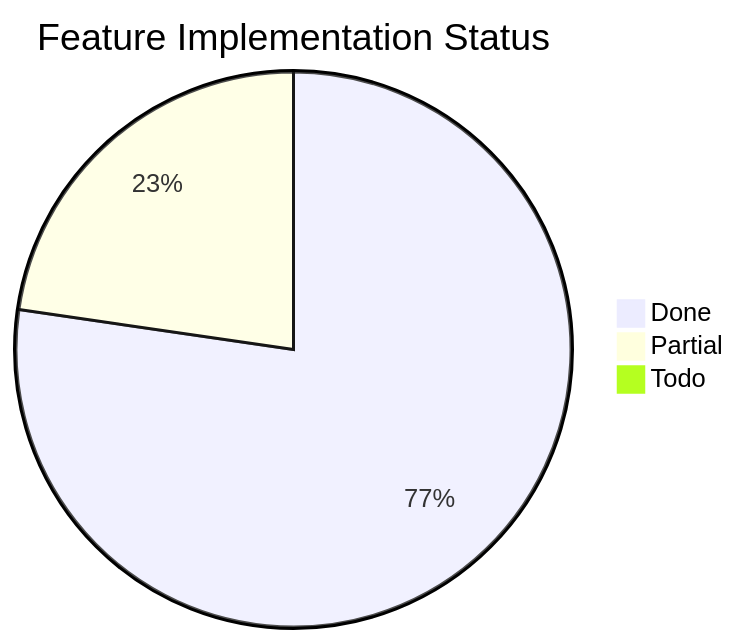
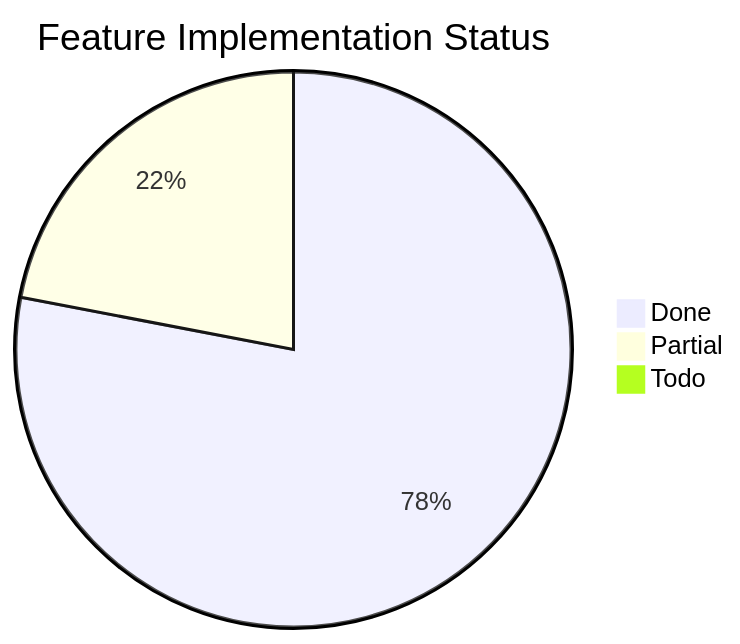
Before and after one commit to Papyrine/Morph: the third of 3 diagrams in docs/word-features.md, drawn with Mermaid. The commit also changed other lines of this file and 10 other files, not shown here.

````diff
--- a/docs/word-features.md
+++ b/docs/word-features.md
@@ -1964,6 +1964,6 @@
 ```mermaid
 pie title Feature Implementation Status
-    "Done" : 109
-    "Partial" : 32
+    "Done" : 110
+    "Partial" : 31
     "Todo" : 0
 ```
````
